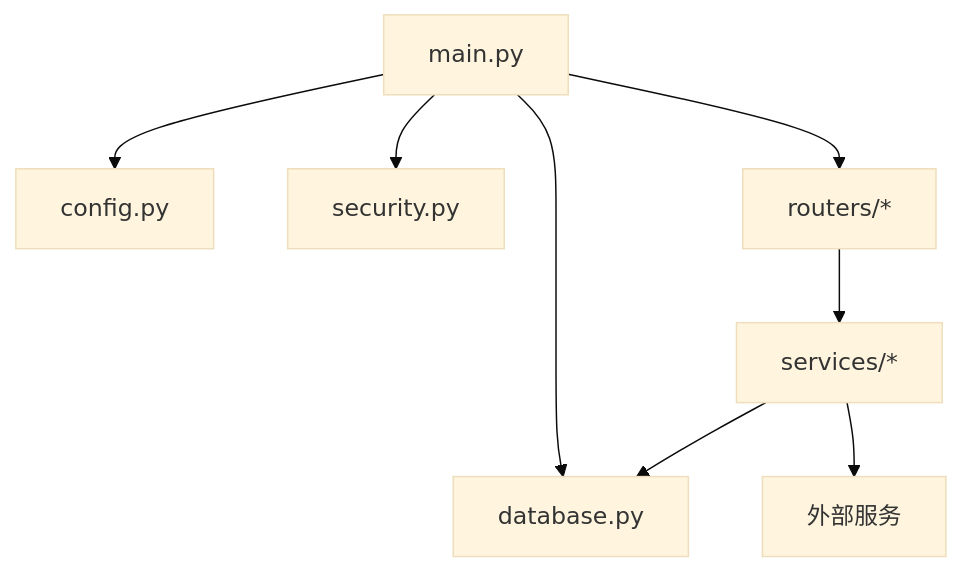
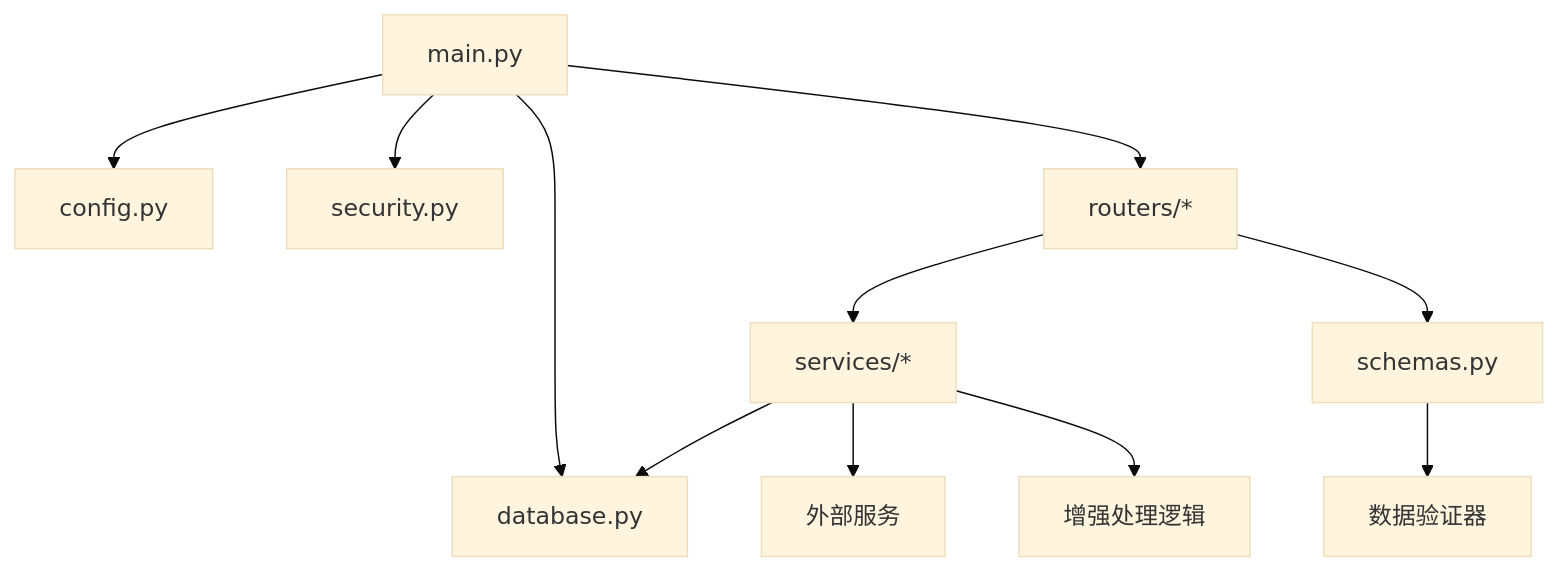
Diagram 11 of 11 in .qoder/repowiki/zh/content/后端开发/后端架构设计.md (xufuyu/Lumen), drawn with Mermaid (base theme) before and after one commit. The commit also changed other lines of this file and 43 other files, not shown here.

````diff
--- a/.qoder/repowiki/zh/content/后端开发/后端架构设计.md
+++ b/.qoder/repowiki/zh/content/后端开发/后端架构设计.md
@@ -466,10 +542,13 @@
 ```mermaid
 graph TB
 Main["main.py"] --> Config["config.py"]
 Main --> DB["database.py"]
 Main --> Security["security.py"]
 Main --> Routers["routers/*"]
 Routers --> Services["services/*"]
 Services --> DB
 Services --> External["外部服务"]
+Routers --> Schemas["schemas.py"]
+Schemas --> Validators["数据验证器"]
+Services --> EnhancedProcessing["增强处理逻辑"]
 ```
````
